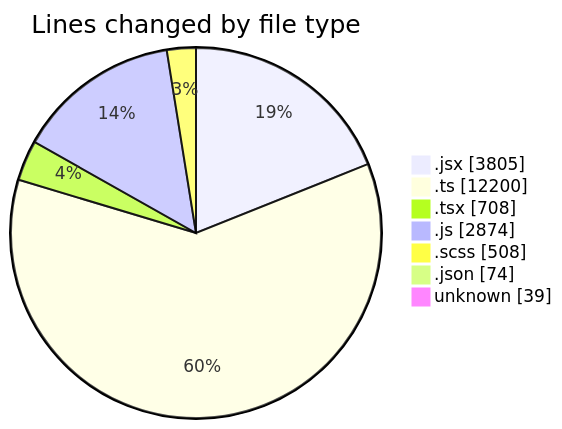
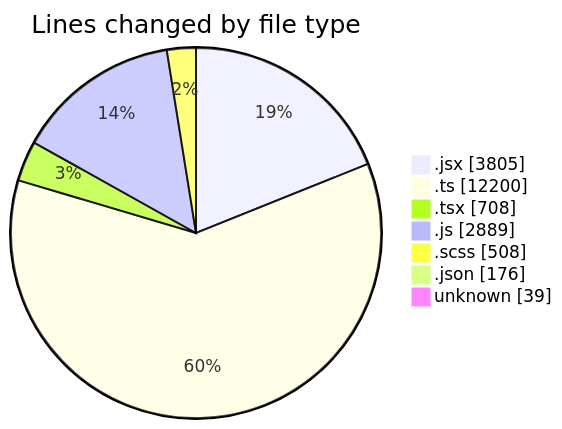
Before and after one commit to momahboobian/code-tracking: the first of 2 diagrams in 2025-06-05/cda/README.md, drawn with Mermaid. The commit also changed other lines of this file and 1 other file, not shown here.

````diff
--- a/2025-06-05/cda/README.md
+++ b/2025-06-05/cda/README.md
@@ -58,11 +59,11 @@
 ```mermaid
 pie showData
 title Lines changed by file type
 ".jsx" : 3805
 ".ts" : 12200
 ".tsx" : 708
-".js" : 2874
+".js" : 2889
 ".scss" : 508
-".json" : 74
+".json" : 176
 "unknown" : 39
 ```
````
